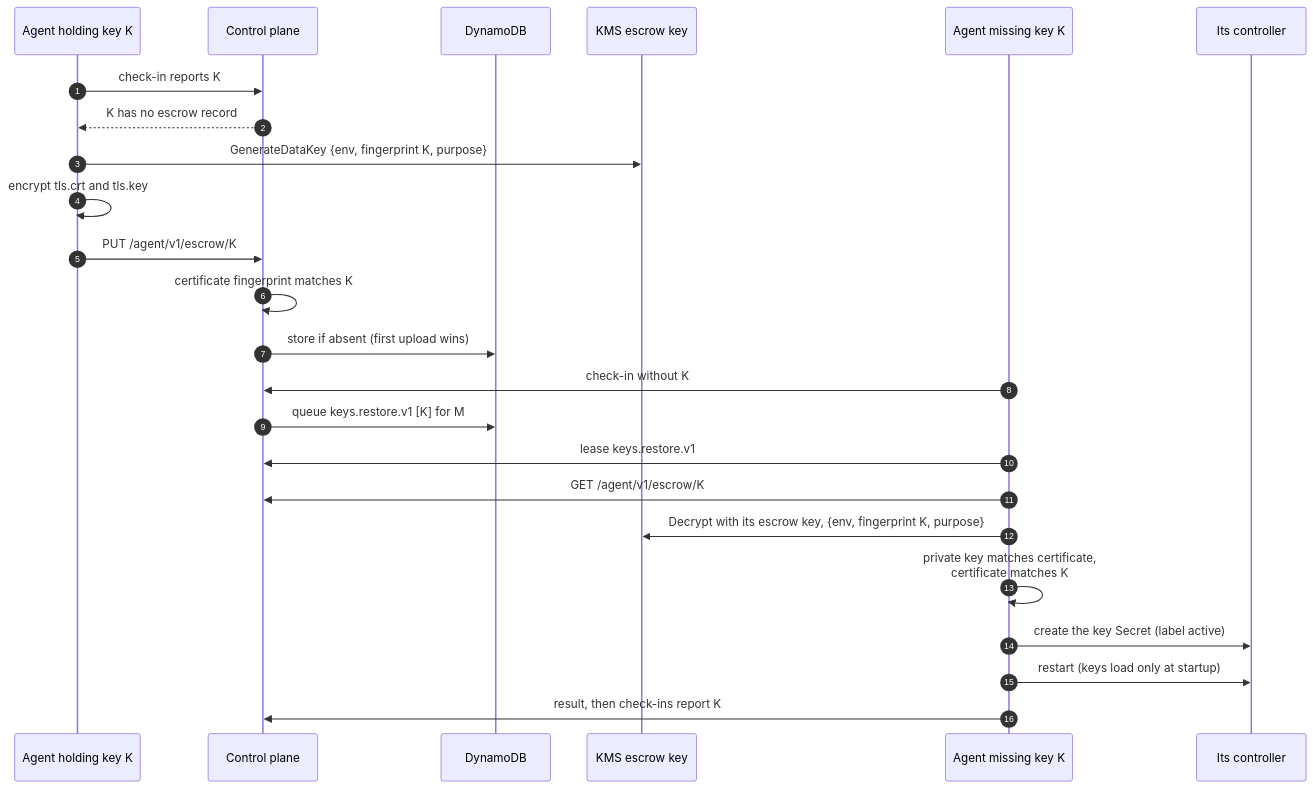
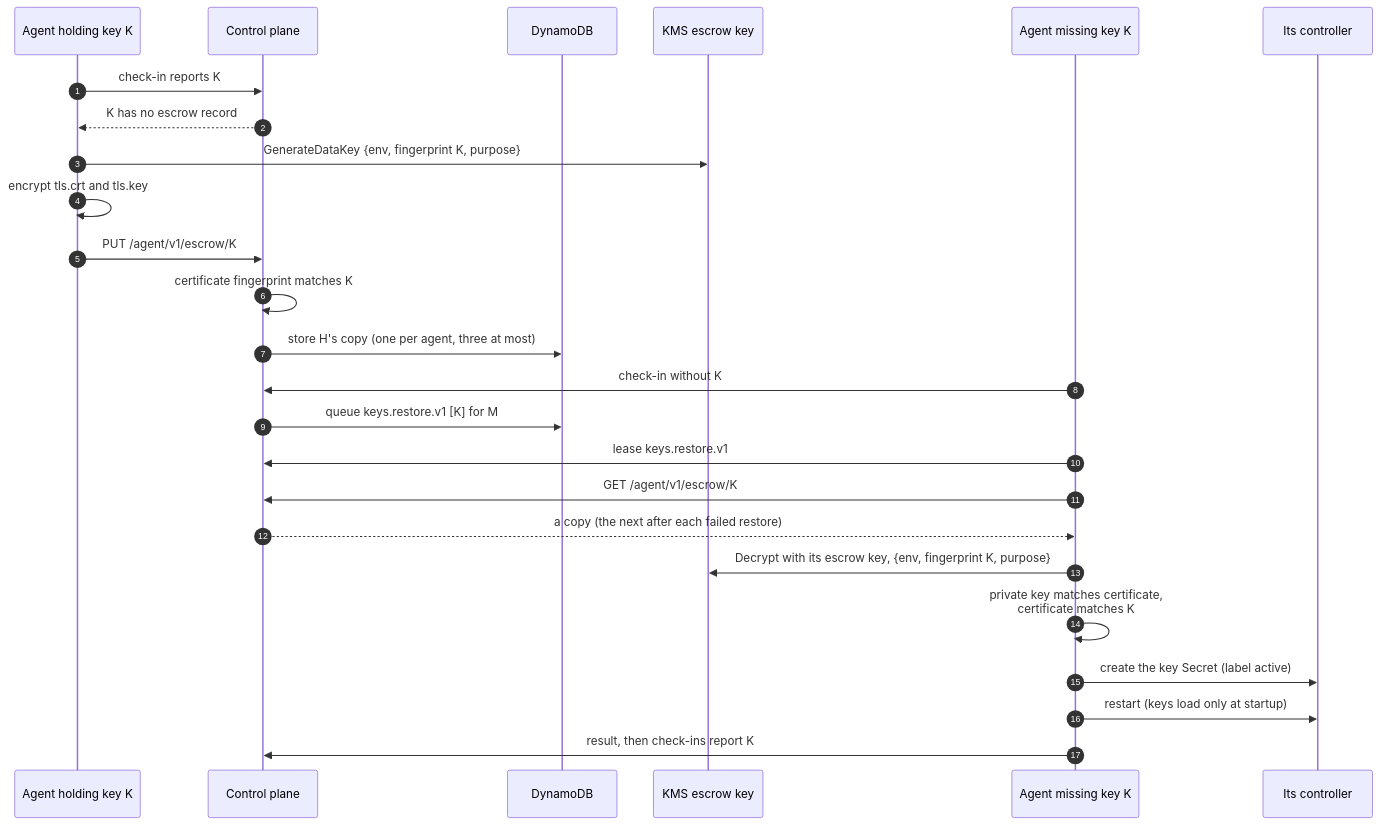
The fifth of 5 diagrams in docs/design.md (cruxstack/k8s-sealed-secrets-sealer), drawn with Mermaid before and after one commit. The commit also changed other lines of this file and 33 other files, not shown here.

````diff
--- a/docs/design.md
+++ b/docs/design.md
@@ -715,27 +747,28 @@
 ```mermaid
 sequenceDiagram
   autonumber
   participant H as Agent holding key K
   participant CP as Control plane
   participant DB as DynamoDB
   participant KMS as KMS escrow key
   participant M as Agent missing key K
   participant C as Its controller
 
   H->>CP: check-in reports K
   CP-->>H: K has no escrow record
   H->>KMS: GenerateDataKey {env, fingerprint K, purpose}
   H->>H: encrypt tls.crt and tls.key
   H->>CP: PUT /agent/v1/escrow/K
   CP->>CP: certificate fingerprint matches K
-  CP->>DB: store if absent (first upload wins)
+  CP->>DB: store H's copy (one per agent, three at most)
   M->>CP: check-in without K
   CP->>DB: queue keys.restore.v1 [K] for M
   M->>CP: lease keys.restore.v1
   M->>CP: GET /agent/v1/escrow/K
+  CP-->>M: a copy (the next after each failed restore)
   M->>KMS: Decrypt with its escrow key, {env, fingerprint K, purpose}
   M->>M: private key matches certificate,<br/>certificate matches K
   M->>C: create the key Secret (label active)
   M->>C: restart (keys load only at startup)
   M->>CP: result, then check-ins report K
 ```
````
